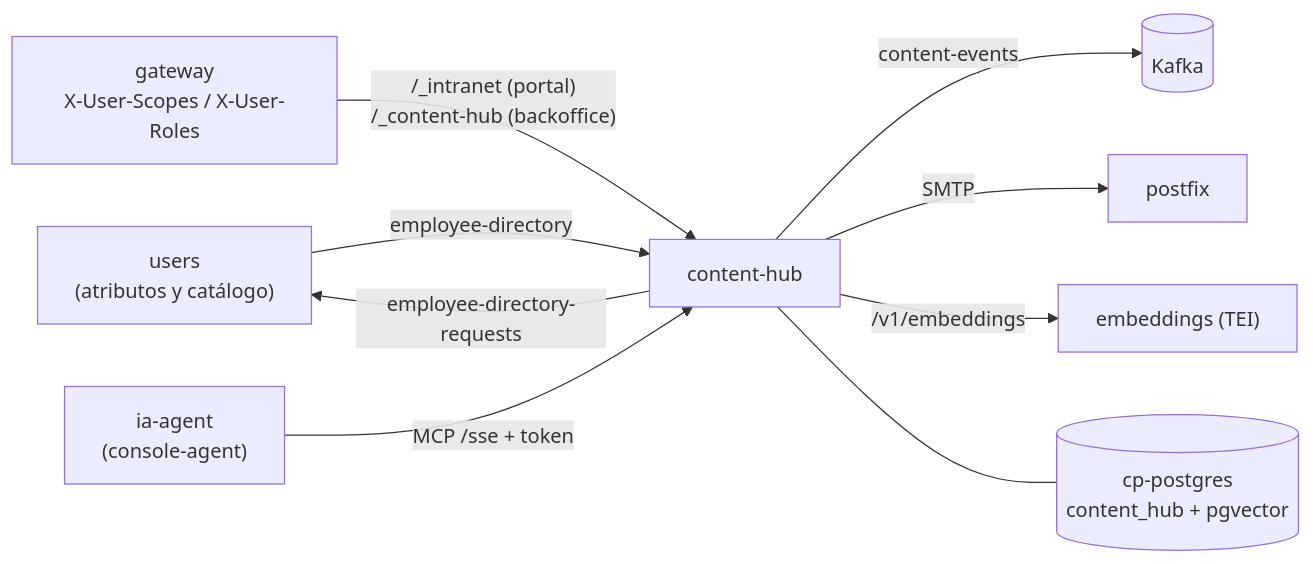
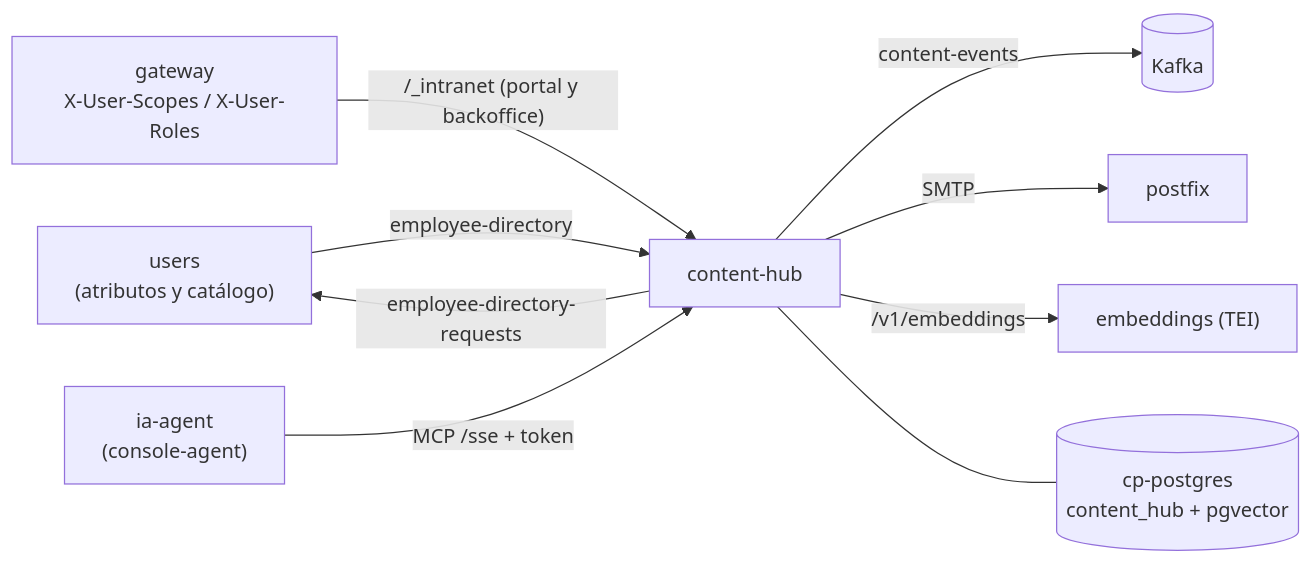
One commit to miguelperezcolom/ec-demo1 changed the first of 3 diagrams in doc/src/content/docs/intranet/arquitectura.md. Above: the diagram before and after it, drawn with Mermaid. The commit also changed other lines of this file and 41 other files, not shown here.

First line of the commit message:
content-hub: editorial backoffice moves to the data plane, gated by content:* permissions

````diff
--- a/doc/src/content/docs/intranet/arquitectura.md
+++ b/doc/src/content/docs/intranet/arquitectura.md
@@ -37,11 +39,11 @@
 ```mermaid
 flowchart LR
   U["users<br/>(atributos y catálogo)"] -- employee-directory --> CH
   CH -- employee-directory-requests --> U
-  GW["gateway<br/>X-User-Scopes / X-User-Roles"] -- "/_intranet (portal)<br/>/_content-hub (backoffice)" --> CH["content-hub"]
+  GW["gateway<br/>X-User-Scopes / X-User-Roles"] -- "/_intranet (portal y backoffice)" --> CH["content-hub"]
   AG["ia-agent<br/>(console-agent)"] -- "MCP /sse + token" --> CH
   CH -- content-events --> K[("Kafka")]
   CH -- SMTP --> PF["postfix"]
   CH -- "/v1/embeddings" --> EMB["embeddings (TEI)"]
   CH --- DB[("cp-postgres<br/>content_hub + pgvector")]
 ```
````
